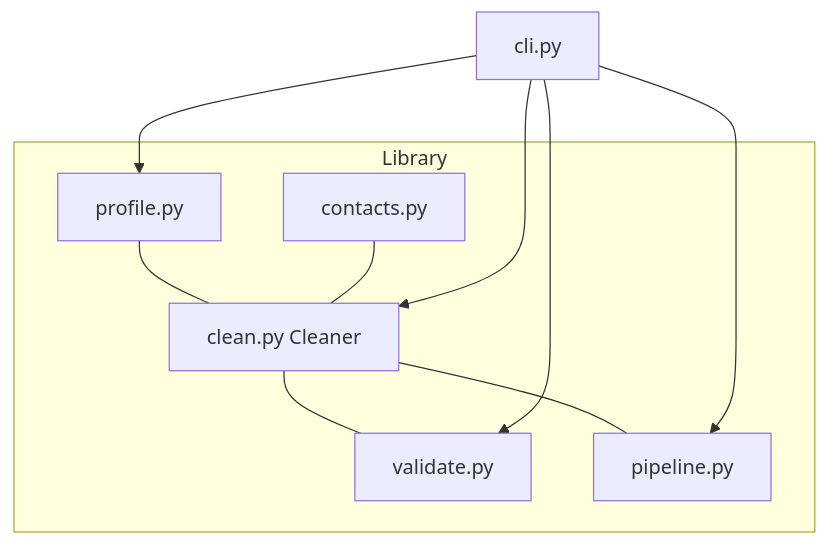
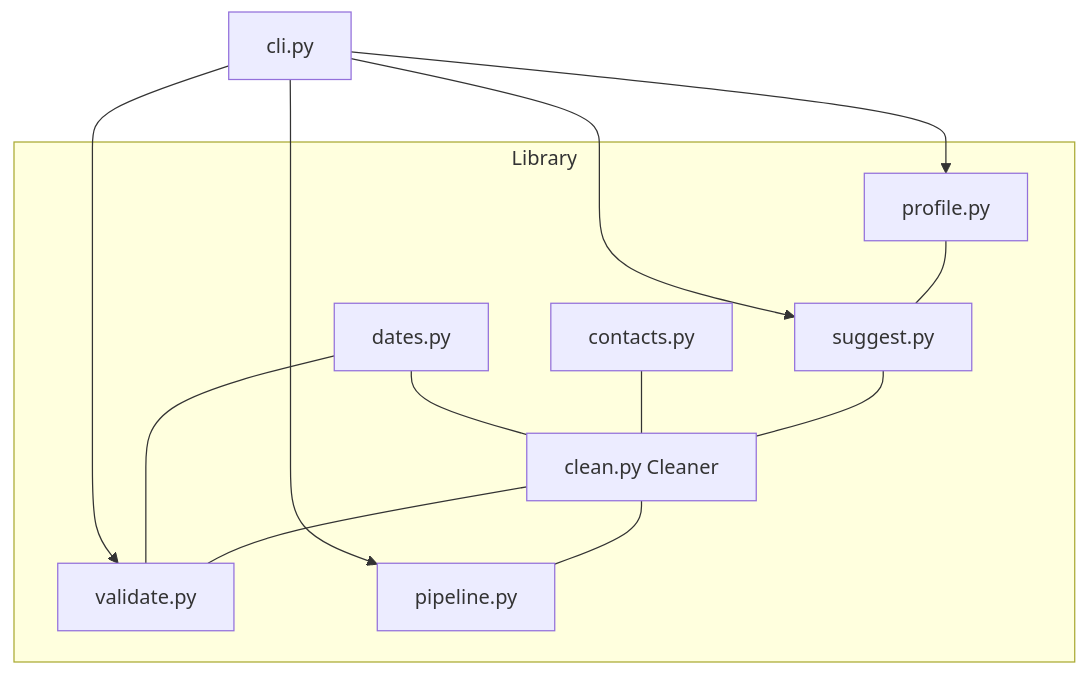
One commit to AleBrito124356/data-cleaning-toolkit changed the second of 2 diagrams in README.md. Above: the diagram before and after it, drawn with Mermaid. The commit also changed other lines of this file and 3 other files, not shown here.

````diff
--- a/README.md
+++ b/README.md
@@ -53,13 +62,16 @@
 ```mermaid
 flowchart TD
     subgraph Library
-        P[profile.py] --- C[clean.py Cleaner]
+        P[profile.py] --- S[suggest.py]
+        S --- C[clean.py Cleaner]
         C --- V[validate.py]
         C --- PL[pipeline.py]
         CT[contacts.py] --- C
+        D[dates.py] --- C
+        D --- V
     end
     CLI[cli.py] --> P
-    CLI --> C
+    CLI --> S
+    CLI --> PL
     CLI --> V
-    CLI --> PL
 ```
````
